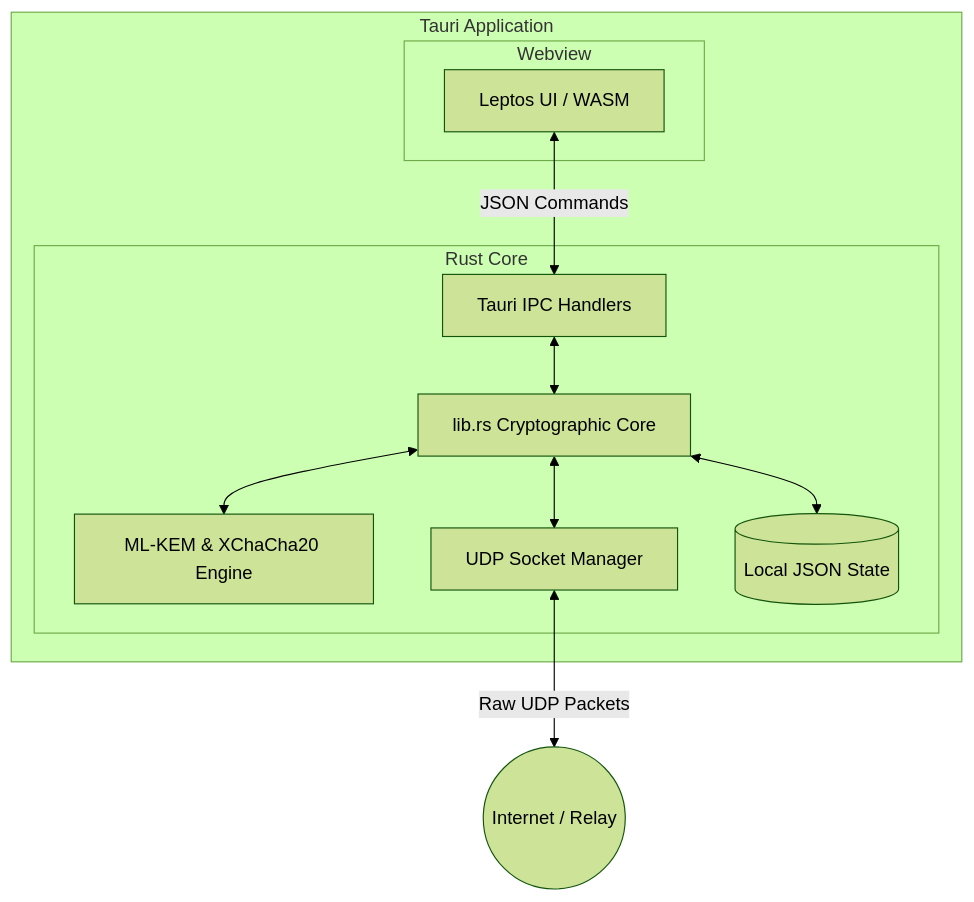
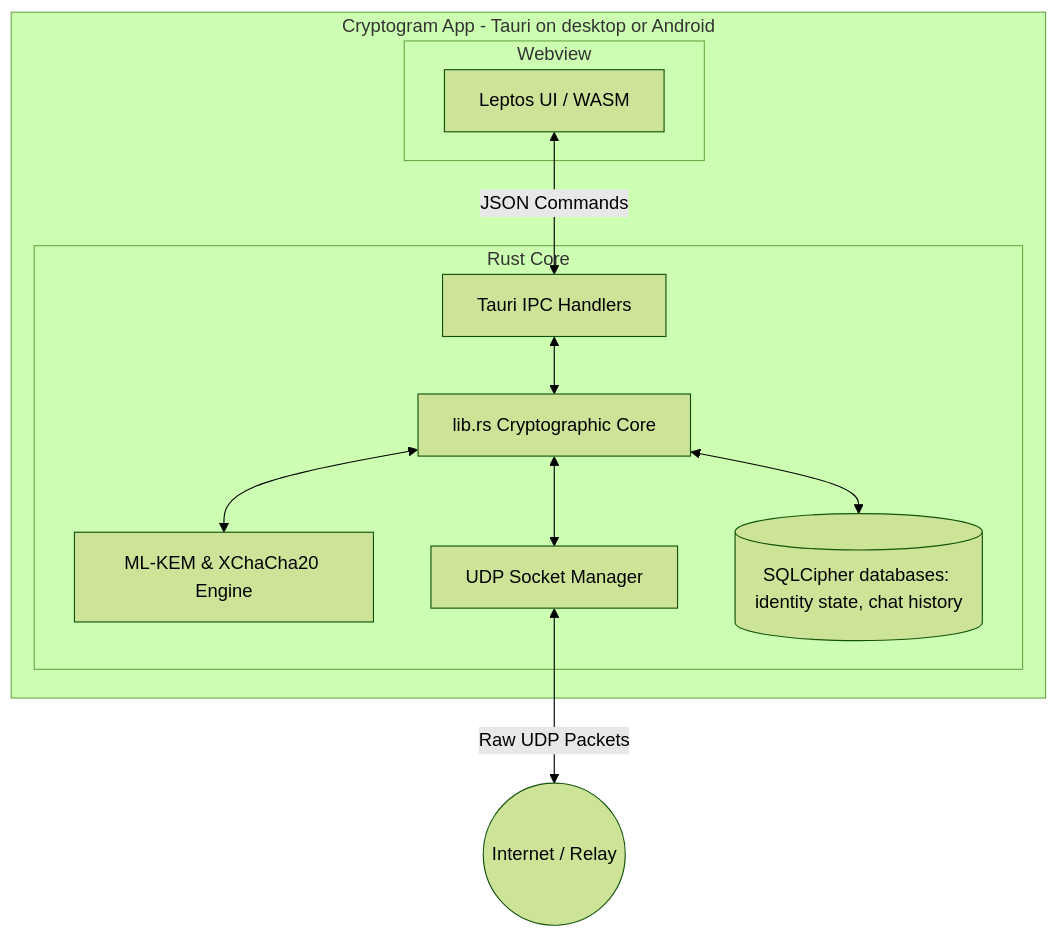
One commit to Lxadams/Cryptogram changed the sixth of 6 diagrams in documentations/architecture-diagrams.md. Above: the diagram before and after it, drawn with Mermaid (forest theme). The commit also changed other lines of this file and 27 other files, not shown here.

````diff
--- a/documentations/architecture-diagrams.md
+++ b/documentations/architecture-diagrams.md
@@ -143,26 +176,26 @@
 ```mermaid
 graph TD
-    subgraph Desktop Client [Tauri Application]
+    subgraph App [Cryptogram App - Tauri on desktop or Android]
         
         subgraph Frontend [Webview]
             Leptos[Leptos UI / WASM]
         end
 
         subgraph Backend [Rust Core]
             TauriAPI[Tauri IPC Handlers]
             LibRS[lib.rs Cryptographic Core]
             Crypto[ML-KEM & XChaCha20 Engine]
             Net[UDP Socket Manager]
-            Storage[(Local JSON State)]
+            Storage[("SQLCipher databases: identity state, chat history")]
         end
         
         Leptos <-->|JSON Commands| TauriAPI
         TauriAPI <--> LibRS
         LibRS <--> Crypto
         LibRS <--> Storage
         LibRS <--> Net
         
     end
     
     Net <-->|Raw UDP Packets| WAN((Internet / Relay))
 ```
````
